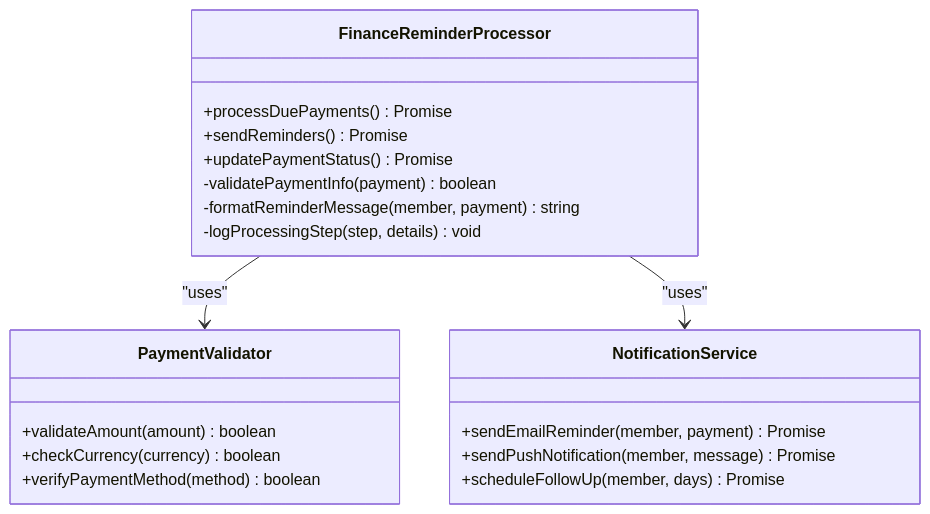
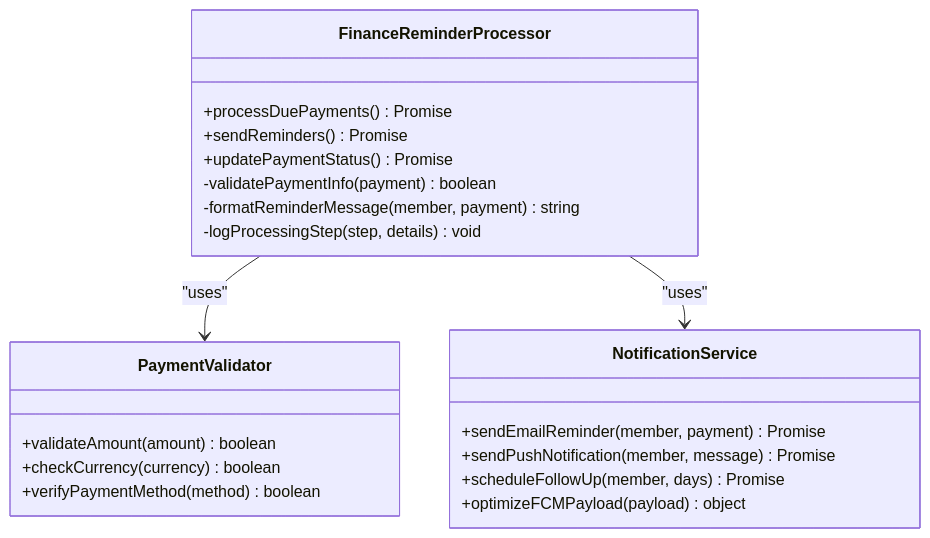
Before and after one commit to raihom-netizen/com.gestaoyahwehios.app: the fifth of 16 diagrams in .qoder/repowiki/en/content/Cloud Functions & Backend Services/Cloud Functions & Backend Services.md, drawn with Mermaid. The commit also changed other lines of this file and 161 other files, not shown here.

````diff
--- a/.qoder/repowiki/en/content/Cloud Functions & Backend Services/Cloud Functions & Backend Services.md
+++ b/.qoder/repowiki/en/content/Cloud Functions & Backend Services/Cloud Functions & Backend Services.md
@@ -273,23 +288,24 @@
 ```mermaid
 classDiagram
 class FinanceReminderProcessor {
 +processDuePayments() Promise<void>
 +sendReminders() Promise<void>
 +updatePaymentStatus() Promise<void>
 -validatePaymentInfo(payment) boolean
 -formatReminderMessage(member, payment) string
 -logProcessingStep(step, details) void
 }
 class PaymentValidator {
 +validateAmount(amount) boolean
 +checkCurrency(currency) boolean
 +verifyPaymentMethod(method) boolean
 }
 class NotificationService {
 +sendEmailReminder(member, payment) Promise<void>
 +sendPushNotification(member, message) Promise<void>
 +scheduleFollowUp(member, days) Promise<void>
++optimizeFCMPayload(payload) object
 }
 FinanceReminderProcessor --> PaymentValidator : "uses"
 FinanceReminderProcessor --> NotificationService : "uses"
 ```
````
